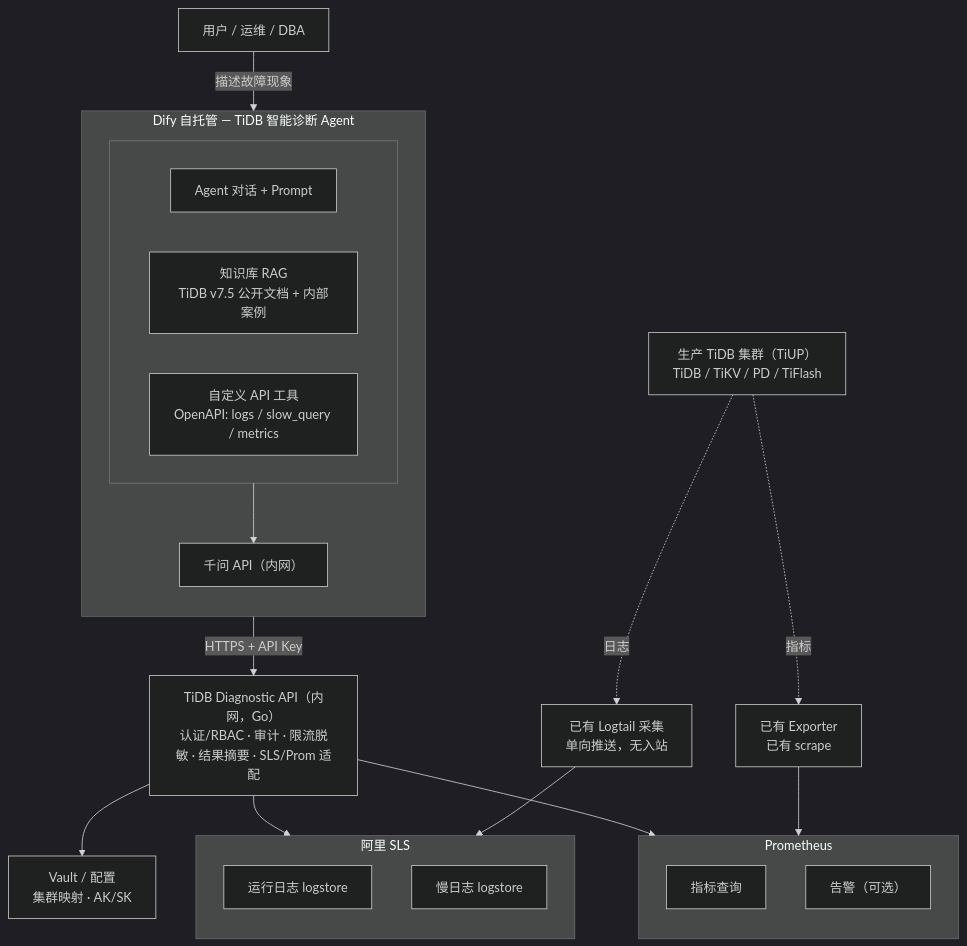
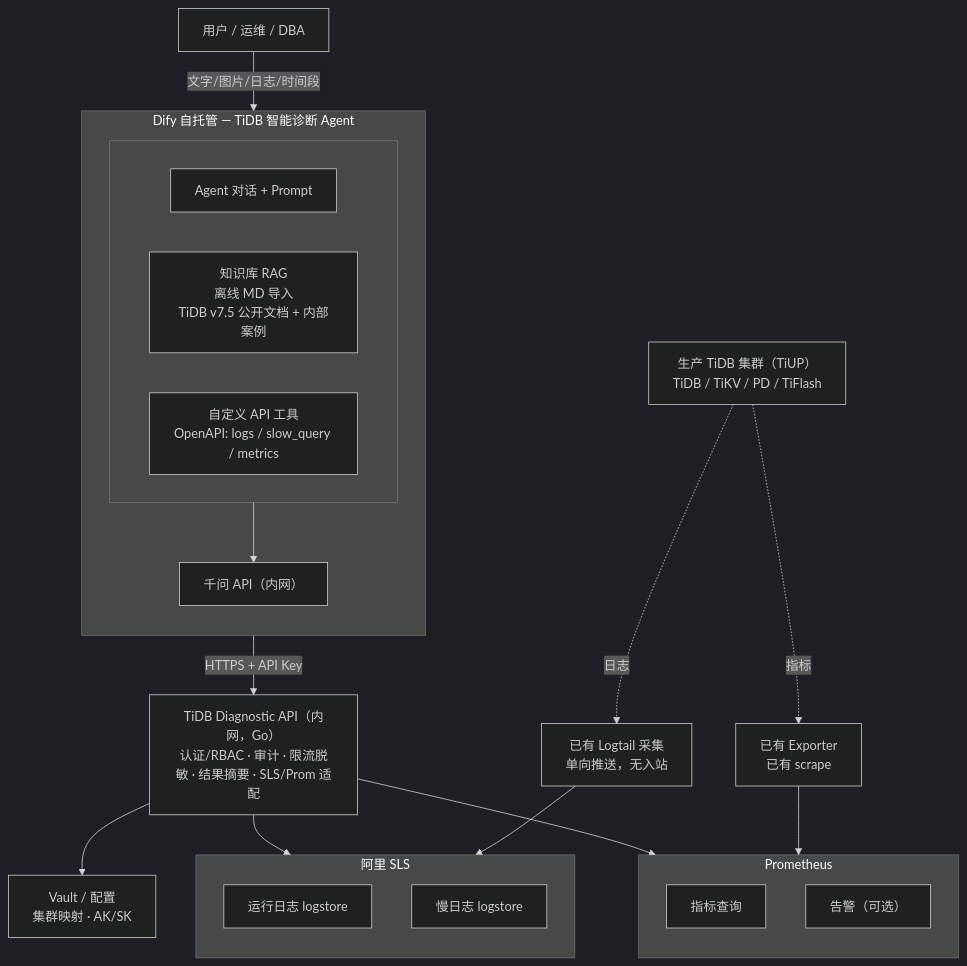
One commit to yangzhengjie/tidb-diag changed the third of 13 diagrams in docs/tidb-diag-agent-architecture.md. Above: the diagram before and after it, drawn with Mermaid (dark theme). The commit also changed other lines of this file, not shown here.

First line of the commit message:
docs(architecture): update agent architecture doc to v1.7

````diff
--- a/docs/tidb-diag-agent-architecture.md
+++ b/docs/tidb-diag-agent-architecture.md
@@ -107,46 +151,46 @@
 ```mermaid
 flowchart TB
     User["用户 / 运维 / DBA"]
 
     subgraph DifyLayer["Dify 自托管 — TiDB 智能诊断 Agent"]
         direction TB
         subgraph DifyModules[" "]
             direction LR
             Agent["Agent 对话 + Prompt"]
-            RAG["知识库 RAG<br/>TiDB v7.5 公开文档 + 内部案例"]
+            RAG["知识库 RAG<br/>离线 MD 导入<br/>TiDB v7.5 公开文档 + 内部案例"]
             Tools["自定义 API 工具<br/>OpenAPI: logs / slow_query / metrics"]
         end
         Qwen["千问 API（内网）"]
         DifyModules --> Qwen
     end
 
     API["TiDB Diagnostic API（内网，Go）<br/>认证/RBAC · 审计 · 限流脱敏 · 结果摘要 · SLS/Prom 适配"]
 
     subgraph SLSLayer["阿里 SLS"]
         direction TB
         Runtime["运行日志 logstore"]
         Slow["慢日志 logstore"]
     end
 
     subgraph PromLayer["Prometheus"]
         direction TB
         Metrics["指标查询"]
         Alerts["告警（可选）"]
     end
 
     Vault["Vault / 配置<br/>集群映射 · AK/SK"]
 
     Logtail["已有 Logtail 采集<br/>单向推送，无入站"]
     Exporter["已有 Exporter<br/>已有 scrape"]
     Prod["生产 TiDB 集群（TiUP）<br/>TiDB / TiKV / PD / TiFlash"]
 
-    User -->|描述故障现象| DifyLayer
+    User -->|文字/图片/日志/时间段| DifyLayer
     DifyLayer -->|HTTPS + API Key| API
     API --> SLSLayer
     API --> PromLayer
     API --> Vault
     Prod -.->|日志| Logtail
     Prod -.->|指标| Exporter
     Logtail --> SLSLayer
     Exporter --> PromLayer
 ```
````
